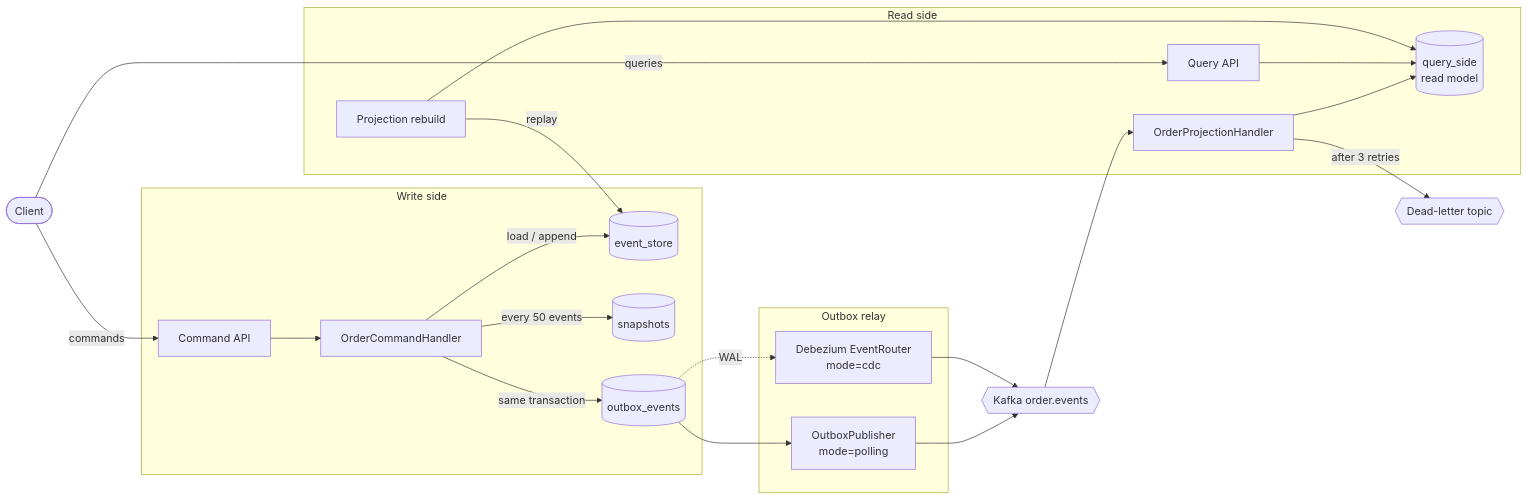
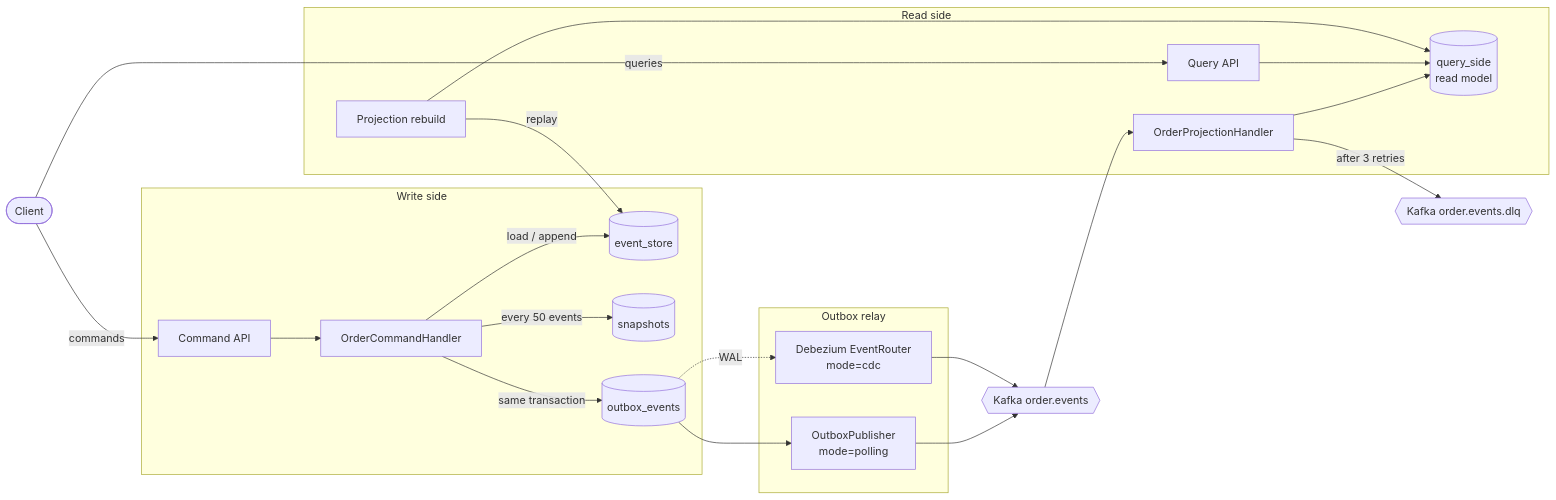
The diagram in README.md (bogdanbs/order-management-system), drawn with Mermaid before and after one commit. The commit also changed 2 other files, not shown here.

Commit message:
Route failed projection events to the declared order.events.dlq topic
DeadLetterPublishingRecoverer was created without a destination
resolver, so spring-kafka's default sent failed records to
order.events-dlt. That topic is not declared anywhere, while
order.events.dlq (KafkaTopics, KafkaConfig, k8s topics, README) stayed
empty. The recoverer now targets KafkaTopics.ORDER_DLQ and keeps the
source partition.

OrderProjectionHandlerIT sends an unparseable record and expects it on
order.events.dlq after the retries, with its original topic header.

````diff
--- a/README.md
+++ b/README.md
@@ -33,32 +33,32 @@
 ```mermaid
 flowchart LR
     client([Client])
 
     subgraph write[Write side]
         cmdApi[Command API] --> handler[OrderCommandHandler]
         handler -->|load / append| es[(event_store)]
         handler -->|every 50 events| snap[(snapshots)]
         handler -->|same transaction| outbox[(outbox_events)]
     end
 
     subgraph relay[Outbox relay]
         poller[OutboxPublisher<br/>mode=polling]
         debezium[Debezium EventRouter<br/>mode=cdc]
     end
 
     subgraph read[Read side]
         projection[OrderProjectionHandler] --> readModel[(query_side<br/>read model)]
         queryApi[Query API] --> readModel
         rebuild[Projection rebuild] -->|replay| es
         rebuild --> readModel
     end
 
     client -->|commands| cmdApi
     client -->|queries| queryApi
     outbox --> poller
     outbox -.->|WAL| debezium
     poller --> kafka{{Kafka order.events}}
     debezium --> kafka
     kafka --> projection
-    projection -->|after 3 retries| dlq{{Dead-letter topic}}
+    projection -->|after 3 retries| dlq{{Kafka order.events.dlq}}
 ```
````
